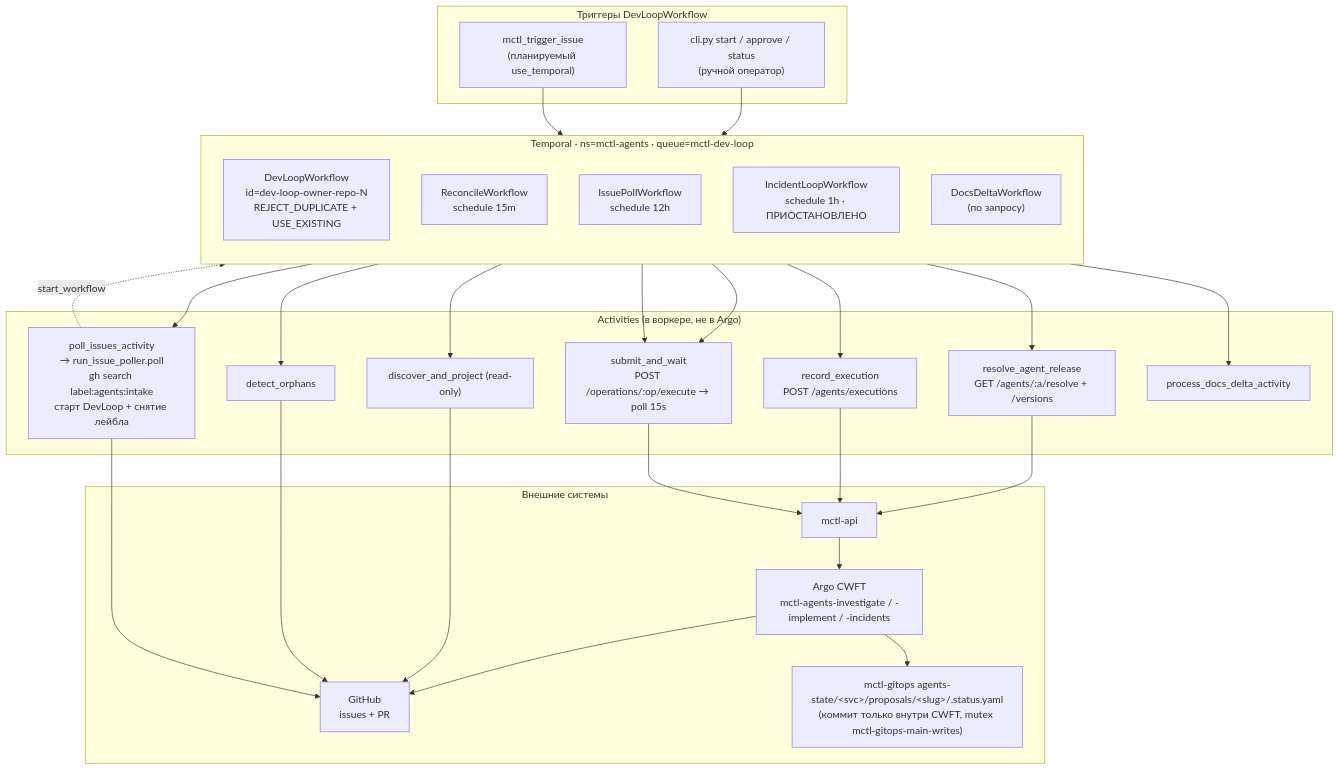
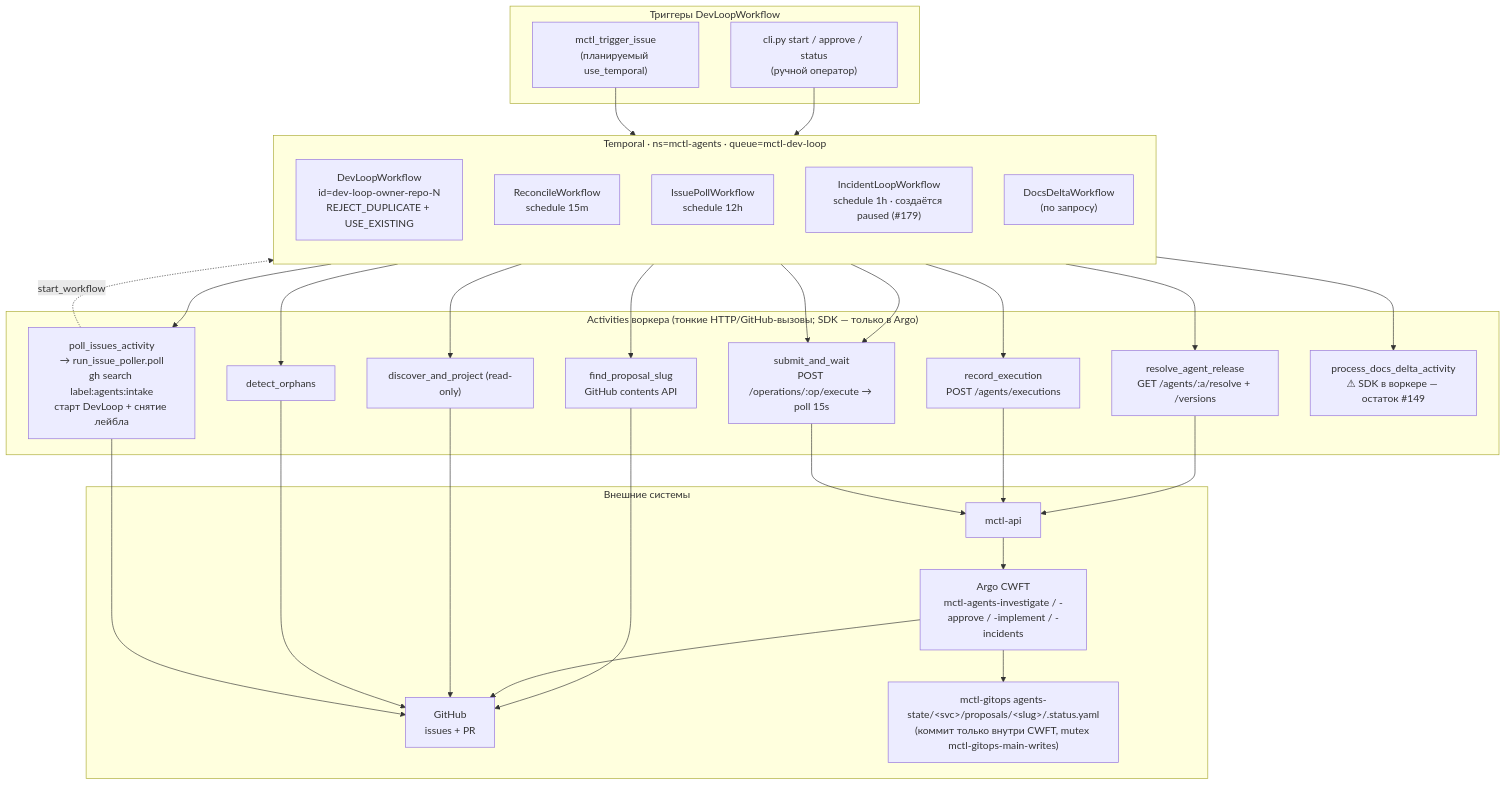
The diagram in docs/diagrams/temporal-flow-overview.mmd (mctlhq/mctl-agents), drawn with Mermaid before and after one commit. The commit also changed 6 other files, not shown here.

First line of the commit message:
docs: sync temporal-flow, README, inventory with atomic approve and phase 6

```diff
--- a/docs/diagrams/temporal-flow-overview.mmd
+++ b/docs/diagrams/temporal-flow-overview.mmd
@@ -1,53 +1,56 @@
 flowchart TB
     subgraph TRIG["Триггеры DevLoopWorkflow"]
         CLI["cli.py start / approve / status<br/>(ручной оператор)"]
         MCP["mctl_trigger_issue<br/>(планируемый use_temporal)"]
     end
 
     subgraph TMP["Temporal · ns=mctl-agents · queue=mctl-dev-loop"]
         direction TB
         DEV["DevLoopWorkflow<br/>id=dev-loop-owner-repo-N<br/>REJECT_DUPLICATE + USE_EXISTING"]
         REC["ReconcileWorkflow<br/>schedule 15m"]
         ISS["IssuePollWorkflow<br/>schedule 12h"]
-        INC["IncidentLoopWorkflow<br/>schedule 1h · ПРИОСТАНОВЛЕНО"]
+        INC["IncidentLoopWorkflow<br/>schedule 1h · создаётся paused (#179)"]
         DOC["DocsDeltaWorkflow<br/>(по запросу)"]
     end
 
-    subgraph ACT["Activities (в воркере, не в Argo)"]
+    subgraph ACT["Activities воркера (тонкие HTTP/GitHub-вызовы; SDK — только в Argo)"]
         RES["resolve_agent_release<br/>GET /agents/:a/resolve + /versions"]
         SUB["submit_and_wait<br/>POST /operations/:op/execute → poll 15s"]
         RECD["record_execution<br/>POST /agents/executions"]
+        FPS["find_proposal_slug<br/>GitHub contents API"]
         DISC["discover_and_project (read-only)"]
         ORPH["detect_orphans"]
         IPA["poll_issues_activity<br/>→ run_issue_poller.poll<br/>gh search label:agents:intake<br/>старт DevLoop + снятие лейбла"]
-        DDA["process_docs_delta_activity"]
+        DDA["process_docs_delta_activity<br/>⚠ SDK в воркере — остаток #149"]
     end
 
     subgraph EXT["Внешние системы"]
         API["mctl-api"]
-        ARGO["Argo CWFT<br/>mctl-agents-investigate / -implement / -incidents"]
+        ARGO["Argo CWFT<br/>mctl-agents-investigate / -approve / -implement / -incidents"]
         GH["GitHub<br/>issues + PR"]
         GITOPS["mctl-gitops agents-state/&lt;svc&gt;/proposals/&lt;slug&gt;/.status.yaml<br/>(коммит только внутри CWFT, mutex mctl-gitops-main-writes)"]
     end
 
     CLI --> DEV
     MCP --> DEV
     ISS --> IPA
     IPA -. "start_workflow" .-> DEV
 
     DEV --> RES
     DEV --> SUB
     DEV --> RECD
+    DEV --> FPS
+    FPS --> GH
     REC --> DISC
     REC --> ORPH
     INC --> SUB
     DOC --> DDA
 
     RES --> API
     RECD --> API
     SUB --> API --> ARGO
     ARGO --> GITOPS
     ARGO --> GH
     DISC --> GH
     ORPH --> GH
     IPA --> GH
```
